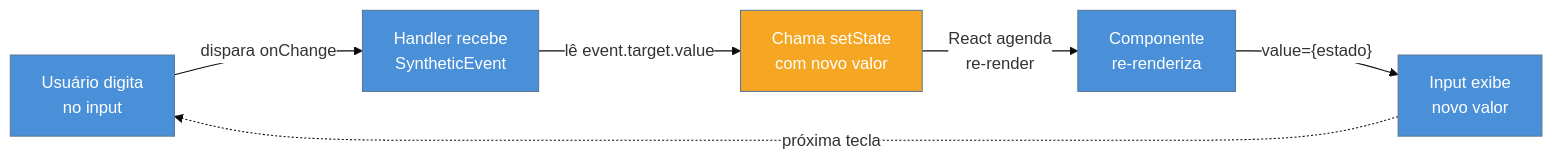
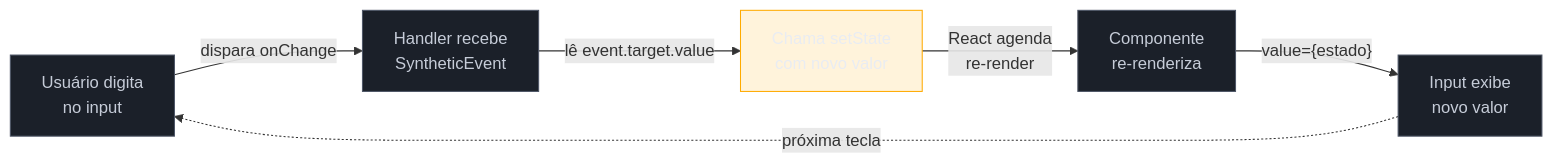
One commit to josenaldo/codex-technomanticus changed the diagram in 03-Dominios/Tecnologia/React/React core/06 - Eventos e formulários controlados.md. Above: the diagram before and after it, drawn with Mermaid. The commit also changed 1181 other files, not shown here.

First line of the commit message:
fix(diagramas): paleta do sistema no lugar de cor cravada no markdown

````diff
--- a/03-Dominios/Tecnologia/React/React core/06 - Eventos e formulários controlados.md
+++ b/03-Dominios/Tecnologia/React/React core/06 - Eventos e formulários controlados.md
@@ -161,15 +161,16 @@
 ```mermaid
-%%{init: {"theme": "base", "themeVariables": {"primaryColor": "#4A90D9", "edgeLabelBackground": "#ffffff"}}}%%
 graph LR
+    classDef neutro fill:#1B2029,stroke:#4E5666,color:#C6CCD8
+    classDef destaque fill:#FFAA0024,stroke:#FFAA00,color:#E9ECF2
     A["Usuário digita\nno input"] -->|"dispara onChange"| B["Handler recebe\nSyntheticEvent"]
     B -->|"lê event.target.value"| C["Chama setState\ncom novo valor"]
     C -->|"React agenda\nre-render"| D["Componente\nre-renderiza"]
     D -->|"value={estado}"| E["Input exibe\nnovo valor"]
     E -.->|"próxima tecla"| A
 
-    style A fill:#4A90D9,color:#fff
-    style B fill:#4A90D9,color:#fff
-    style C fill:#F5A623,color:#fff
-    style D fill:#4A90D9,color:#fff
-    style E fill:#4A90D9,color:#fff
+    class A neutro
+    class B neutro
+    class C destaque
+    class D neutro
+    class E neutro
 ```
````
